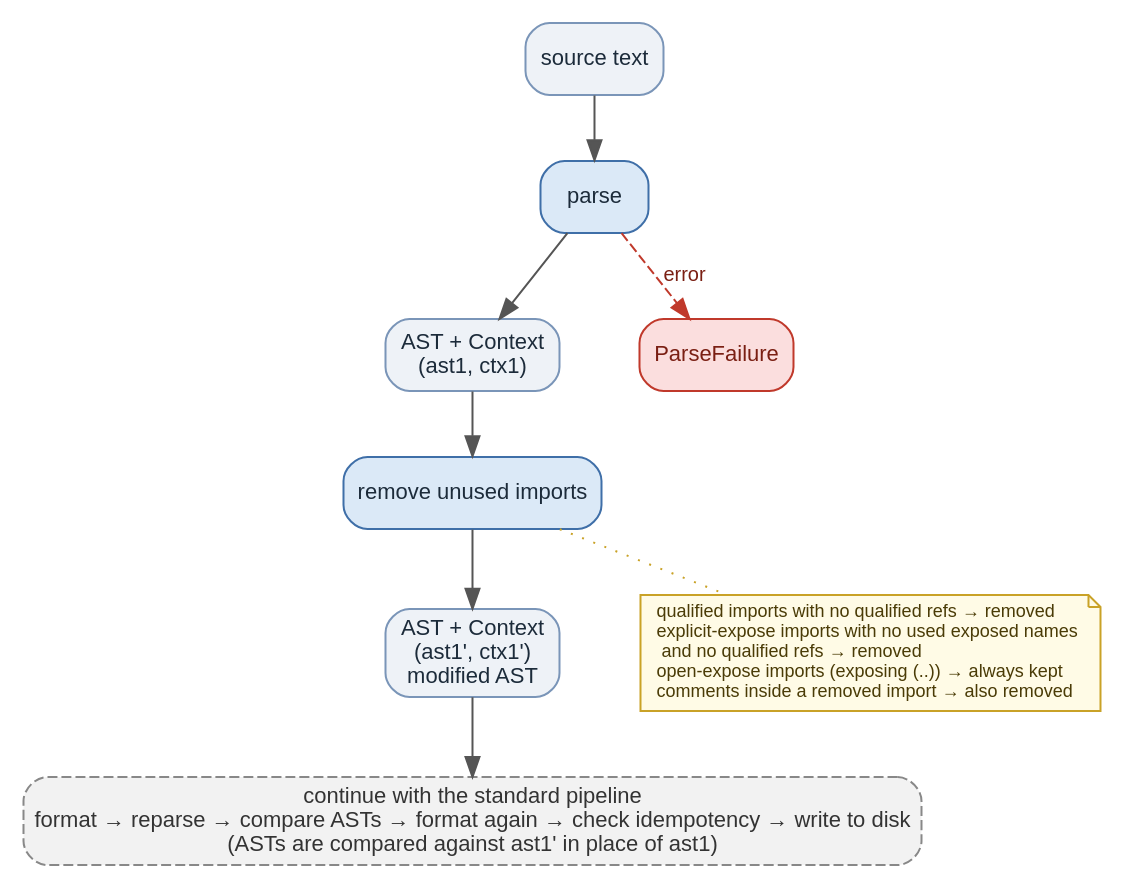
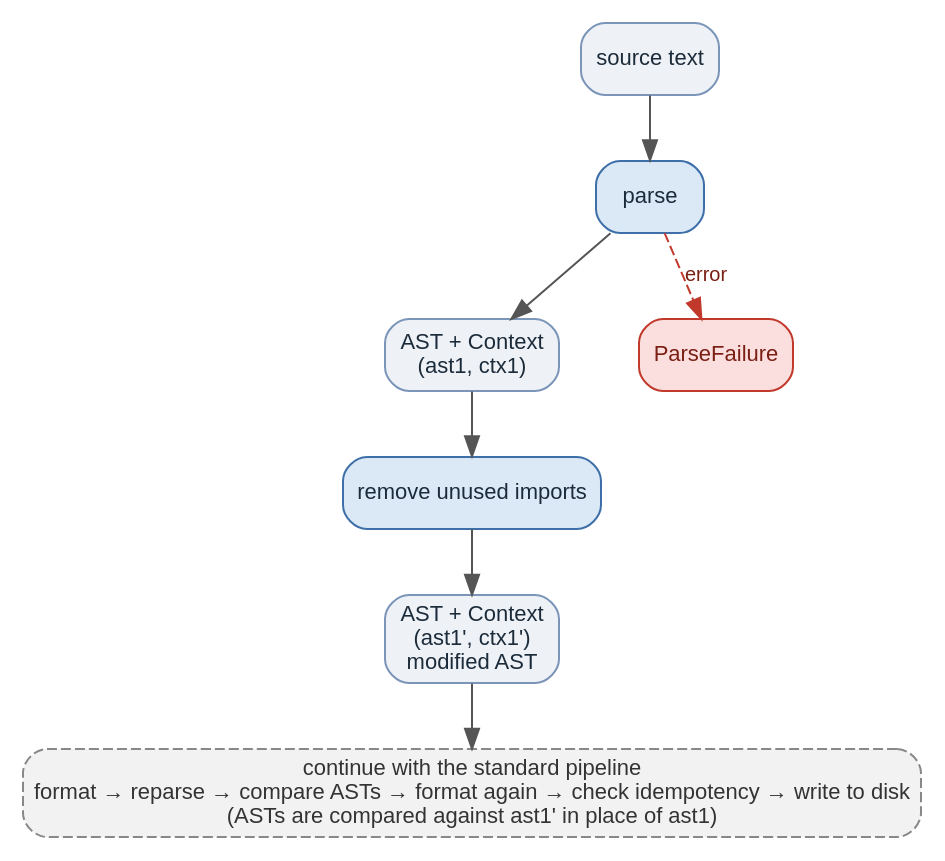
The diagram in docs/diagrams/remove-unused-imports-pipeline.dot (gilramir/gren-format), drawn with Graphviz before and after one commit. The commit also changed 1 other file, not shown here.

Commit message:
Remove explanatory note box from remove-unused-imports diagram
The yellow note duplicated detail already in the README prose/tables.

Claude-Session: https://claude.ai/code/session_01UAZE2V6xwfwdQ4eg5YmdA1

```diff
--- a/docs/diagrams/remove-unused-imports-pipeline.dot
+++ b/docs/diagrams/remove-unused-imports-pipeline.dot
@@ -1,50 +1,42 @@
 digraph RemoveUnusedImportsPipeline {
     rankdir=TB;
     bgcolor="white";
     fontname="Helvetica,Arial,sans-serif";
     fontsize=12;
     ranksep=0.45;
     nodesep=0.55;
 
     node [fontname="Helvetica,Arial,sans-serif", fontsize=11];
     edge [fontname="Helvetica,Arial,sans-serif", fontsize=10, color="#555555"];
 
     // Data nodes
     node [shape=box, style="rounded,filled", fillcolor="#eef2f7", color="#7a95b8", fontcolor="#1c2b3a"];
     source [label="source text"];
     ast1   [label="AST + Context\n(ast1, ctx1)"];
     ast1p  [label="AST + Context\n(ast1', ctx1')\nmodified AST"];
 
     // Process nodes
     node [shape=box, style="rounded,filled", fillcolor="#dbe9f7", color="#3f6fa8", fontcolor="#1c2b3a"];
     parse         [label="parse"];
     removeImports [label="remove unused imports"];
 
     // Error / failure nodes
     node [shape=box, style="rounded,filled", fillcolor="#fbdede", color="#c0392b", fontcolor="#7a1f13"];
     parseFail [label="ParseFailure"];
 
     // Continuation node
     node [shape=box, style="rounded,dashed,filled", fillcolor="#f2f2f2", color="#888888", fontcolor="#333333"];
     continue [label="continue with the standard pipeline\nformat → reparse → compare ASTs → format again → check idempotency → write to disk\n(ASTs are compared against ast1' in place of ast1)"];
 
-    // Explanatory note for the transform step
-    rulesNote [shape=note, style=filled, fillcolor="#fffbe6", color="#c9a227",
-               fontcolor="#4a3b06", fontsize=9,
-               label="qualified imports with no qualified refs → removed\lexplicit-expose imports with no used exposed names\l  and no qualified refs → removed\lopen-expose imports (exposing (..)) → always kept\lcomments inside a removed import → also removed\l"];
-
     // Main flow
     source -> parse;
     parse  -> ast1;
     ast1   -> removeImports;
     removeImports -> ast1p;
     ast1p  -> continue;
 
-    removeImports -> rulesNote [style=dotted, arrowhead=none, color="#c9a227", constraint=false];
-
     // Error branch
     parse -> parseFail [style=dashed, color="#c0392b", fontcolor="#7a1f13", label="error"];
 
     { rank=same; ast1; parseFail }
-    { rank=same; ast1p; rulesNote }
 }
```
